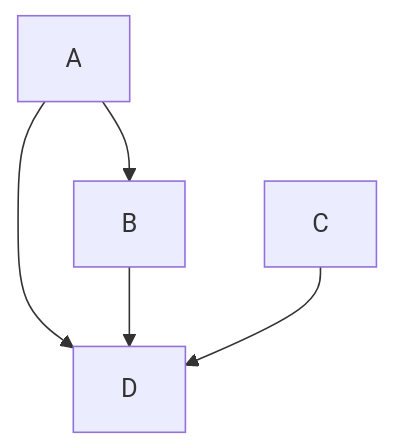
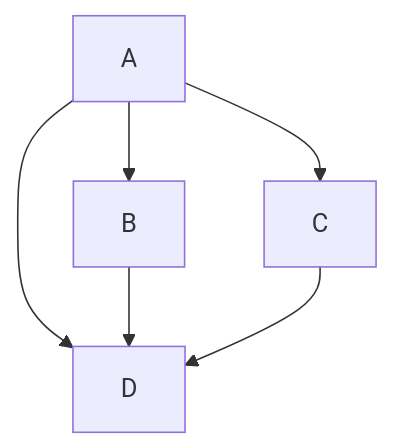
One commit to bryanidem/fullstack-helsinki changed the diagram in Exercises_0.1-0.6/04-newNoteDiagram.md. Above: the diagram before and after it, drawn with Mermaid.

Commit message:
testing mermaid.md

````diff
--- a/Exercises_0.1-0.6/04-newNoteDiagram.md
+++ b/Exercises_0.1-0.6/04-newNoteDiagram.md
@@ -1,7 +1,8 @@
 ```mermaid
   graph TD;
   A-->B;
+  A-->C;
   A-->D;
   B-->D;
   C-->D;
 ```
````
